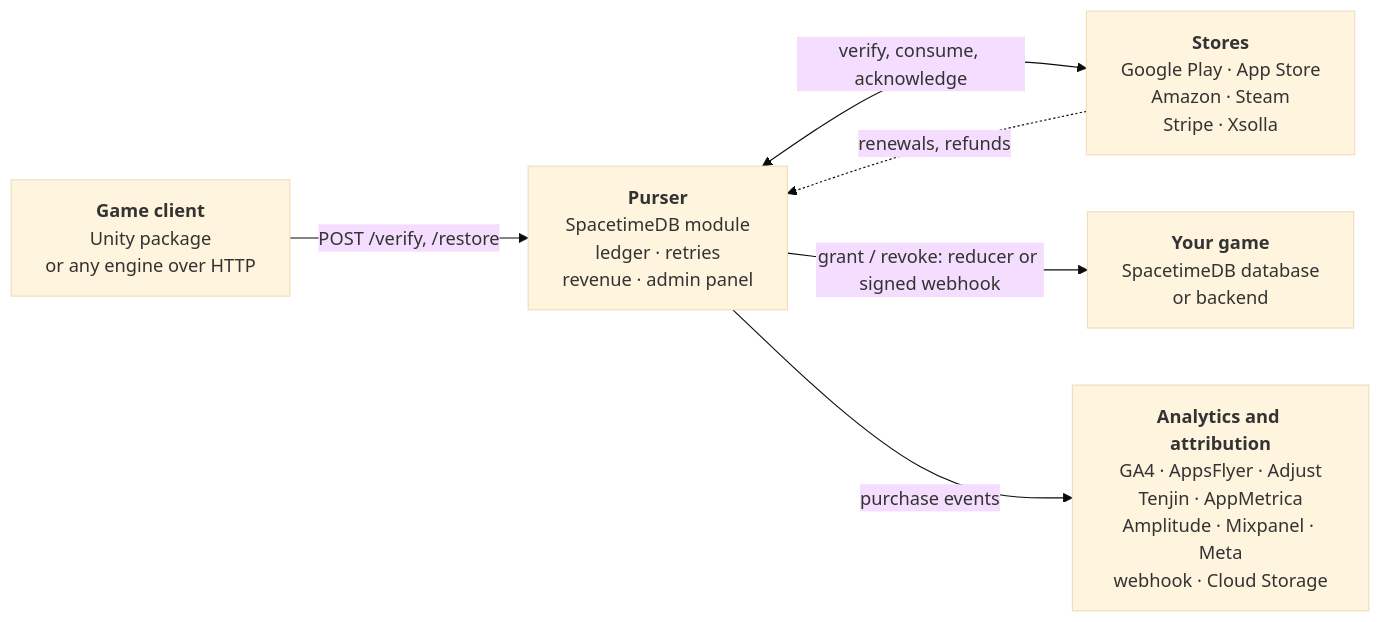
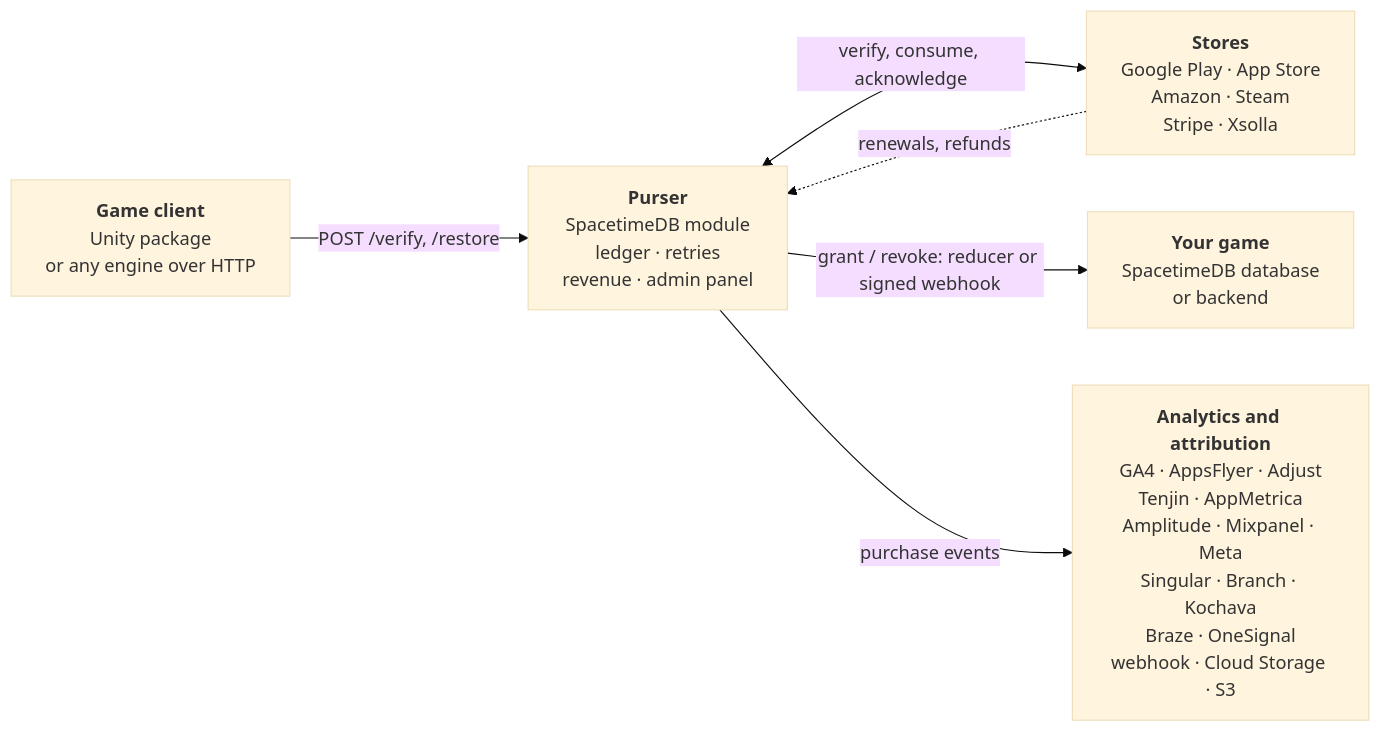
Before and after one commit to yevhenii-sir/purser: the diagram in README.md, drawn with Mermaid (base theme). The commit also changed other lines of this file and 20 other files, not shown here.

First line of the commit message:
Integrations: S3-compatible export, Singular, Branch, Kochava, Braze, OneSignal

````diff
--- a/README.md
+++ b/README.md
@@ -12,14 +12,14 @@
 ```mermaid
 flowchart LR
     client["<b>Game client</b><br/>Unity package<br/>or any engine over HTTP"]
     purser["<b>Purser</b><br/>SpacetimeDB module<br/>ledger · retries<br/>revenue · admin panel"]
     stores["<b>Stores</b><br/>Google Play · App Store<br/>Amazon · Steam<br/>Stripe · Xsolla"]
     game["<b>Your game</b><br/>SpacetimeDB database<br/>or backend"]
-    tools["<b>Analytics and attribution</b><br/>GA4 · AppsFlyer · Adjust<br/>Tenjin · AppMetrica<br/>Amplitude · Mixpanel · Meta<br/>webhook · Cloud Storage"]
+    tools["<b>Analytics and attribution</b><br/>GA4 · AppsFlyer · Adjust<br/>Tenjin · AppMetrica<br/>Amplitude · Mixpanel · Meta<br/>Singular · Branch · Kochava<br/>Braze · OneSignal<br/>webhook · Cloud Storage · S3"]
 
     client -->|"POST /verify, /restore"| purser
     purser <-->|"verify, consume, acknowledge"| stores
     stores -.->|"renewals, refunds"| purser
     purser -->|"grant / revoke: reducer or signed webhook"| game
     purser -->|"purchase events"| tools
 ```
````
